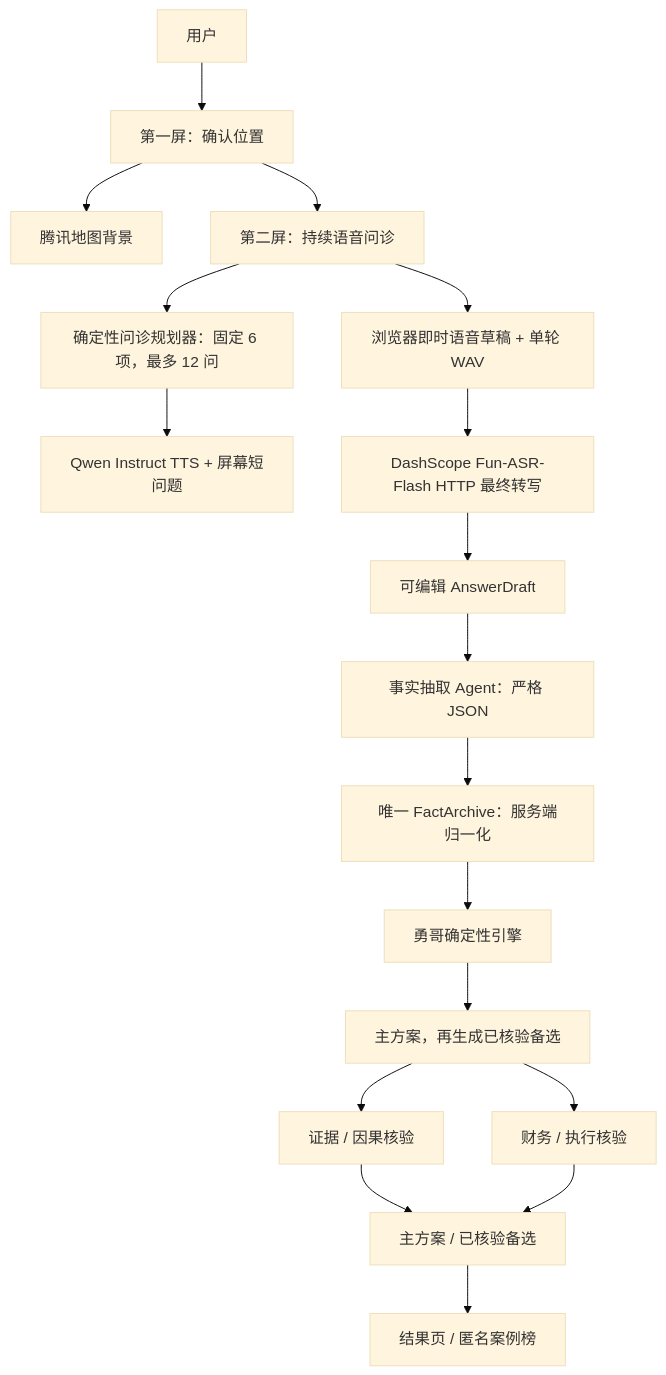
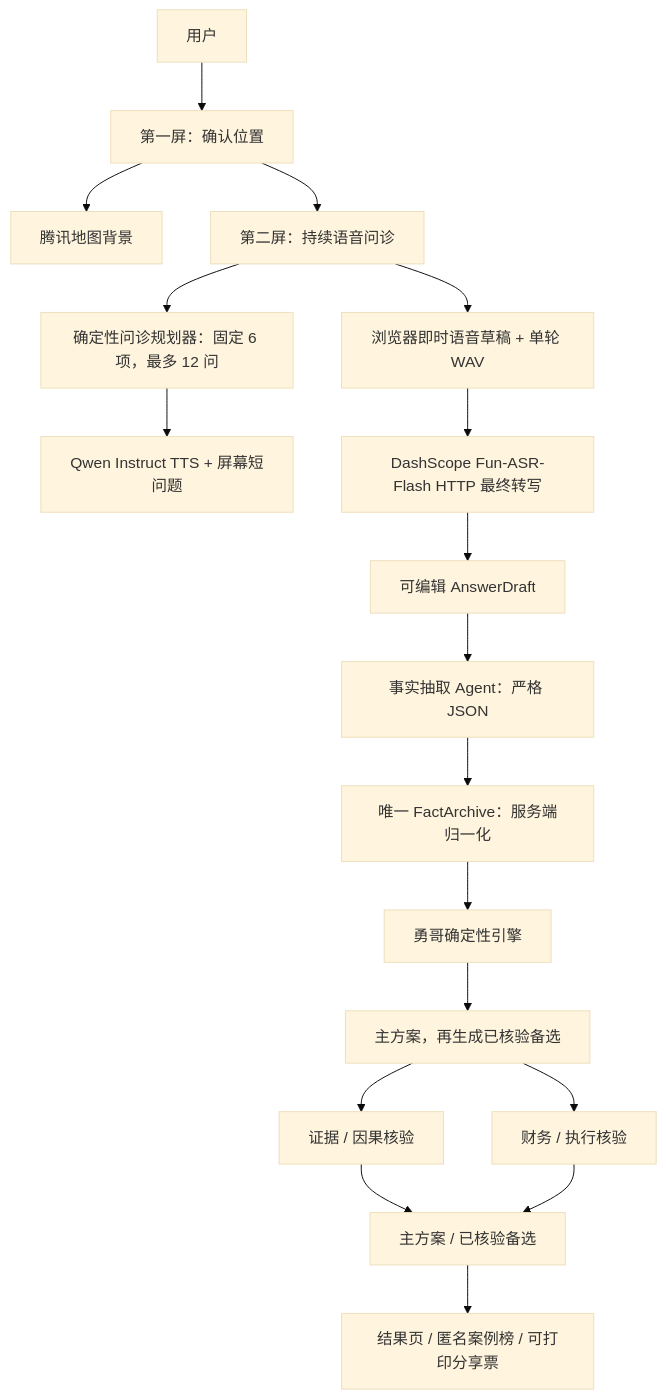
One commit to Vist233/AdventureX-ShopLooker changed the first of 2 diagrams in ARCHITECTURE.md. Above: the diagram before and after it, drawn with Mermaid (base theme). The commit also changed 6 other files, not shown here.

````diff
--- a/ARCHITECTURE.md
+++ b/ARCHITECTURE.md
@@ -14,20 +14,20 @@
 ```mermaid
 flowchart TD
   U["用户"] --> L["第一屏：确认位置"]
   L --> MAP["腾讯地图背景"]
   L --> I["第二屏：持续语音问诊"]
   I --> Q["确定性问诊规划器：固定 6 项，最多 12 问"]
   Q --> TTS["Qwen Instruct TTS + 屏幕短问题"]
   I --> VAD["浏览器即时语音草稿 + 单轮 WAV"]
   VAD --> ASR["DashScope Fun-ASR-Flash HTTP 最终转写"]
   ASR --> DRAFT["可编辑 AnswerDraft"]
   DRAFT --> F["事实抽取 Agent：严格 JSON"]
   F --> CF["唯一 FactArchive：服务端归一化"]
   CF --> D["勇哥确定性引擎"]
   D --> S["主方案，再生成已核验备选"]
   S --> V1["证据 / 因果核验"]
   S --> V2["财务 / 执行核验"]
   V1 --> TOP["主方案 / 已核验备选"]
   V2 --> TOP
-  TOP --> X["结果页 / 匿名案例榜"]
+  TOP --> X["结果页 / 匿名案例榜 / 可打印分享票"]
 ```
````
